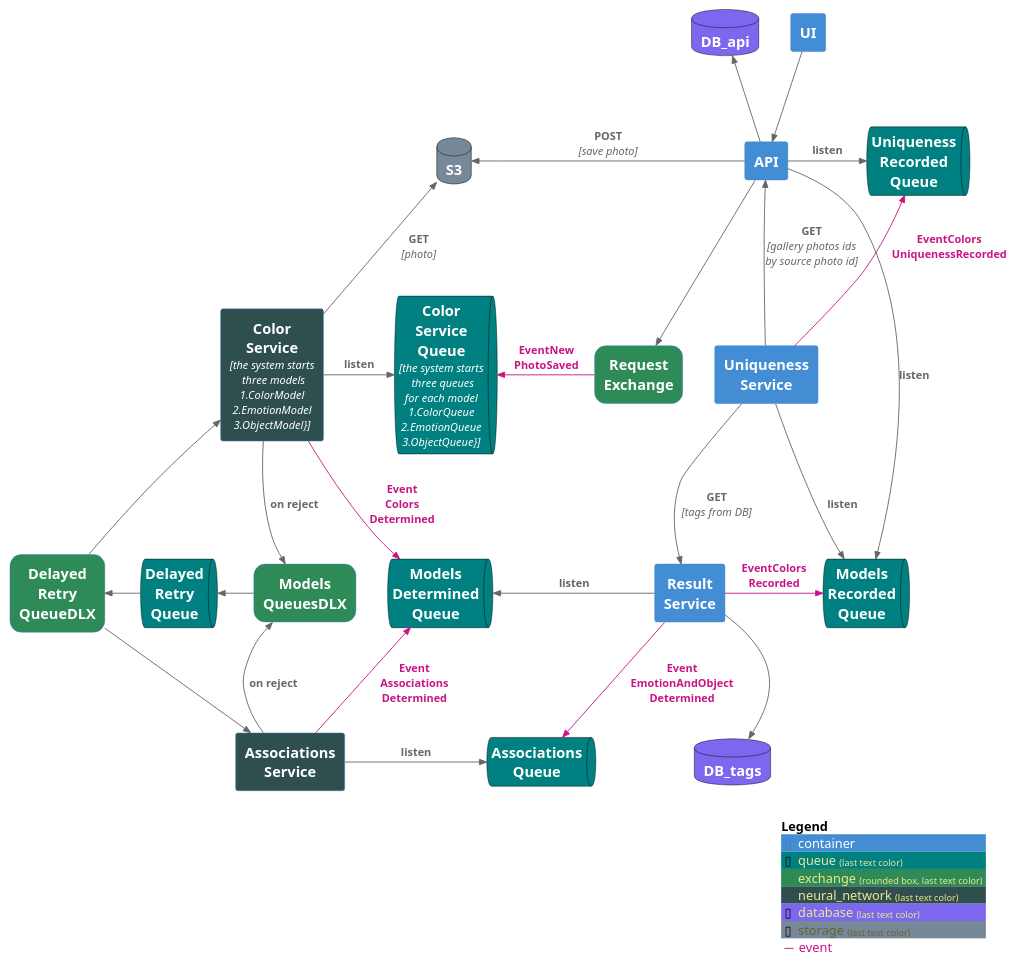
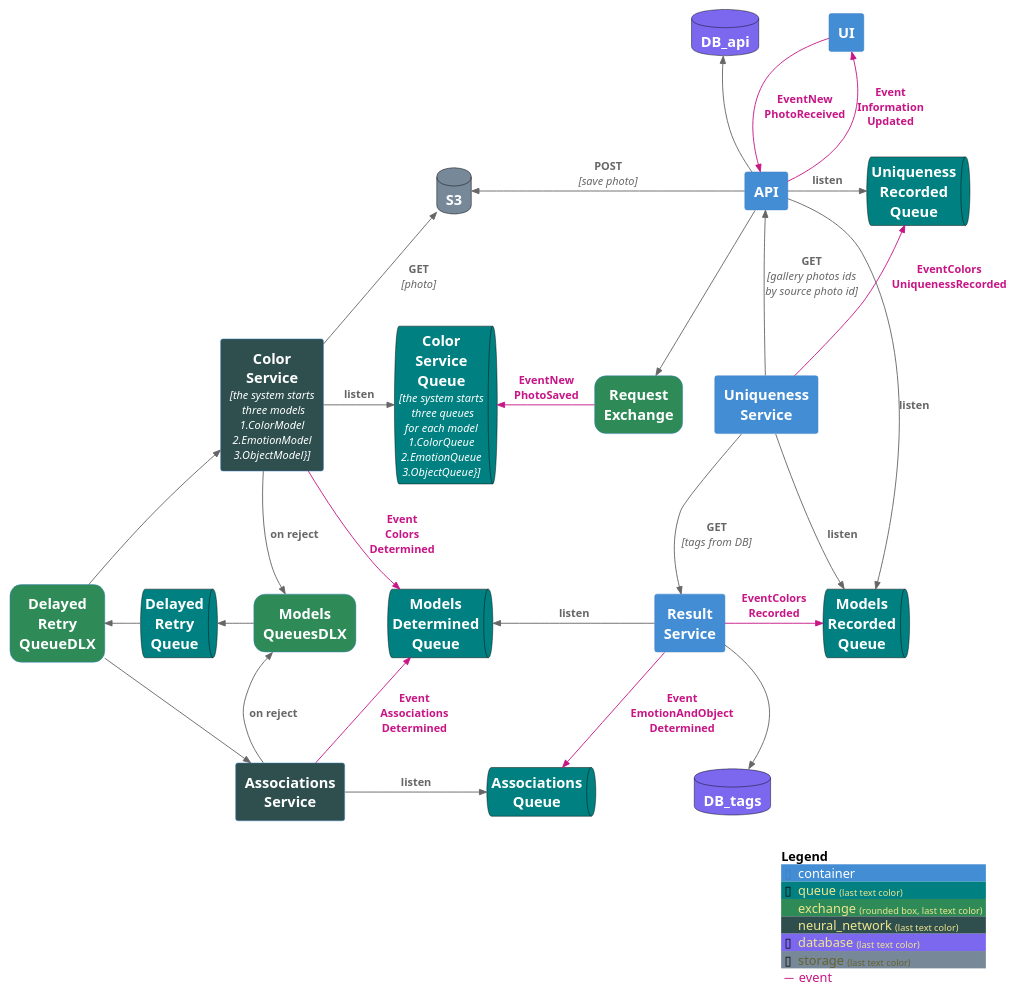
The diagram in system_components_diagram.puml (TourmalineCore/picachu-documentation), drawn with PlantUML before and after one commit. The commit also changed 2 other files, not shown here.

```diff
--- a/system_components_diagram.puml
+++ b/system_components_diagram.puml
@@ -1,96 +1,98 @@
 @startuml C4_Elements
 !include https://raw.githubusercontent.com/plantuml-stdlib/C4-PlantUML/master/C4_Container.puml
 HIDE_STEREOTYPE()
 
 AddElementTag("queue", $bgColor="Teal",$borderColor="black")
 AddElementTag("exchange", $bgColor="SeaGreen",$shape=RoundedBoxShape())
 AddElementTag("neural_network", $bgColor="DarkSlateGray")
 AddElementTag("database", $bgColor="MediumSlateBlue",$borderColor="black")
 AddElementTag("storage", $bgColor="LightSlateGray",$borderColor="black")
 AddRelTag("event", $textColor="MediumVioletRed", $lineColor="MediumVioletRed")
 
 Container(UI, "UI", "", "")
 Container(API, "API", "", "")
 
 ContainerQueue(ColorServiceQueue, "Color\nService\nQueue", "the system starts\n three queues\nfor each model\n1.ColorQueue\n2.EmotionQueue\n3.ObjectQueue}", "",$tags = "queue")
 
 ContainerDb(S3, "S3", "", "",$tags="storage")
 ContainerDb(DB, "DB_api", "", "",$tags="database")
 ContainerDb(DB_tags, "DB_tags", "", "", $tags="database")
 ContainerQueue(DelayedRetryQueue, "Delayed\nRetry\nQueue", "", "",  $tags = "queue")
 Container(ColorService, "Color\nService", "the system starts\n three models\n1.ColorModel\n2.EmotionModel\n3.ObjectModel}", "",$tags="neural_network")
 
 Container(RequestExchange, "Request\nExchange", "", "", $tags ="exchange")
 
 Container(ModelsQueuesDLX, "Models\nQueuesDLX", "", "",$tags ="exchange")
 Container(DelayedRetryQueueDLX, "Delayed\nRetry\nQueueDLX", "", "",$tags ="exchange")
 
 Container(ResultService, "Result\nService", "", "")
 ContainerQueue(ModelsDeterminedQueue, "Models\nDetermined\nQueue", "", "",$tags = "queue")
 
 ContainerQueue(AssociationsQueue, "Associations\nQueue", "", "",$tags = "queue")
 Container(AssociationsService, "Associations\nService", "", "",$tags="neural_network")
 
 Container(UniquenessService, "Uniqueness\nService", "", "")
 ContainerQueue(ModelsRecordedQueue, "Models\nRecorded\nQueue", "", "",$tags = "queue")
 ContainerQueue(UniquenessRecordedQueue, "Uniqueness\nRecorded\nQueue", "", "",$tags = "queue")
 
-Rel_D(UI, API, " ", "")
+Rel_D(UI, API, "EventNew\nPhotoReceived", "",$tags ="event")
+
+Rel_U(API, UI, "Event\nInformation\nUpdated", "",$tags ="event")
 
 Rel_D(API, RequestExchange, " ", "")
 Rel_L(API, S3, "POST", "save photo")
 Rel_U(API, DB, " ", "")
 Rel_L(RequestExchange, ColorServiceQueue, "EventNew\nPhotoSaved", "",$tags ="event")
 Rel_R(ColorService, ColorServiceQueue, "listen", "")
 Rel_U(ColorService, S3, "GET", "photo")
 
 Rel(ColorService, ModelsDeterminedQueue, "Event\nColors\nDetermined", "",$tags ="event")
 Lay_U(ModelsDeterminedQueue,ColorServiceQueue)
 
 
 Lay_U(AssociationsQueue,ColorServiceQueue)
 
 Rel_R(AssociationsService, AssociationsQueue, "listen", "")
 
 Lay_U(AssociationsService,ModelsQueuesDLX)
 Lay_U(AssociationsService,ColorService)
 Lay_U(DB_tags,RequestExchange)
 
 
 Rel_D(ColorService, ModelsQueuesDLX, "on reject", "")
 Rel_U(AssociationsService, ModelsQueuesDLX, "on reject", "")
 
 Rel_L(ModelsQueuesDLX, DelayedRetryQueue, " ", "")
 Rel_L(DelayedRetryQueue, DelayedRetryQueueDLX, " ", "")
 
 Rel(DelayedRetryQueueDLX, ColorService, " ", "")
 
 Lay_R(DelayedRetryQueueDLX,DelayedRetryQueue)
 Lay_R(DelayedRetryQueue,ModelsQueuesDLX)
 Lay_U(DelayedRetryQueueDLX,ColorService)
 
 Rel(DelayedRetryQueueDLX, AssociationsService, " ", "")
 Rel_U(AssociationsService, ModelsDeterminedQueue, "Event\nAssociations\nDetermined", "",$tags ="event")
 
 Rel_L(ResultService, ModelsDeterminedQueue, "listen", "")
 
 Rel_D(ResultService, AssociationsQueue, "Event\nEmotionAndObject\nDetermined", $tags ="event")
 Rel_D(ResultService, DB_tags, " ", "")
 
 Rel_R(ResultService, ModelsRecordedQueue, "EventColors\nRecorded", "",$tags ="event")
 Rel_D(UniquenessService, ModelsRecordedQueue, "listen", "")
 
 Rel_D(UniquenessService, ResultService, "GET", "tags from DB")
 
 Rel_U(UniquenessService,UniquenessRecordedQueue ,  "EventColors\nUniquenessRecorded",$tags ="event")
 
 Lay_U(UniquenessService,ModelsRecordedQueue)
 Lay_R(RequestExchange,UniquenessService)
 
 Rel_R(API, UniquenessRecordedQueue,  "listen", "")
 Rel_R(API, ModelsRecordedQueue,  "listen", "")
 
 Rel_U(UniquenessService,API ,  "GET", "gallery photos ids\nby source photo id")
 
 SHOW_LEGEND(false)
 @enduml
```
